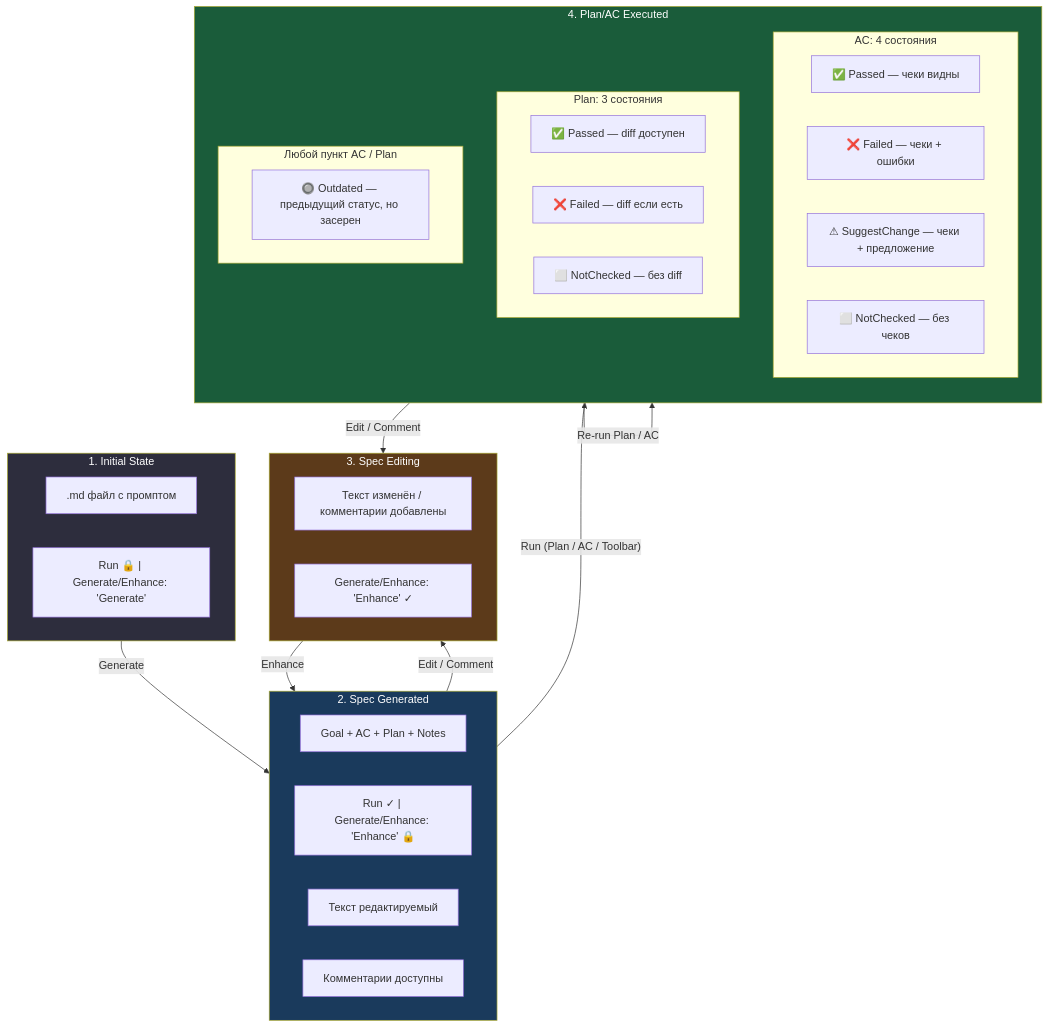
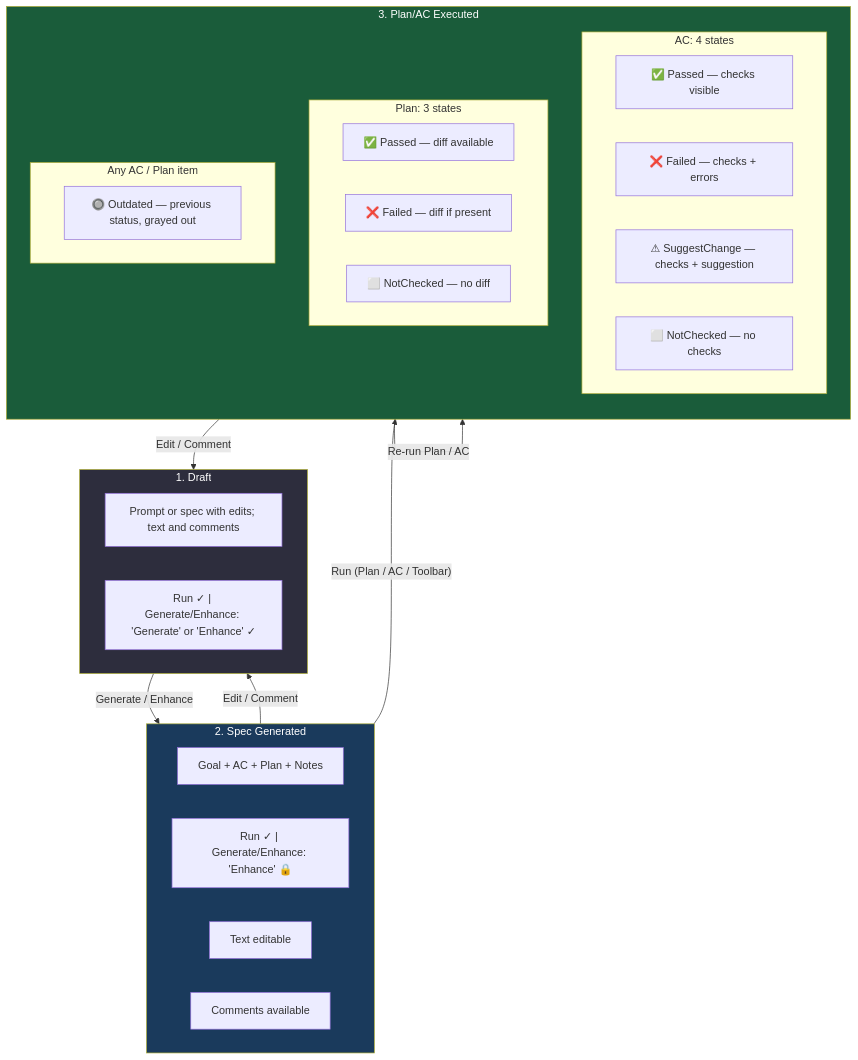
Before and after one commit to NiplusM/SDD: the first of 6 diagrams in spec-flow.md, drawn with Mermaid. The commit also changed other lines of this file, not shown here.

First line of the commit message:
spec-flow: rewrite state names, transitions, and content in English

````diff
--- a/spec-flow.md
+++ b/spec-flow.md
@@ -9,49 +9,42 @@
 ```mermaid
 flowchart TD
-    subgraph INIT["1. Initial State"]
-        I1[".md файл с промптом"]
-        I2["Run 🔒 | Generate/Enhance: 'Generate'"]
+    subgraph DRAFT["1. Draft"]
+        D1["Prompt or spec with edits; text and comments"]
+        D2["Run ✓ | Generate/Enhance: 'Generate' or 'Enhance' ✓"]
     end
 
     subgraph SPEC["2. Spec Generated"]
         S1["Goal + AC + Plan + Notes"]
         S2["Run ✓ | Generate/Enhance: 'Enhance' 🔒"]
-        S3["Текст редактируемый"]
-        S4["Комментарии доступны"]
+        S3["Text editable"]
+        S4["Comments available"]
     end
 
-    subgraph EDIT["3. Spec Editing"]
-        E1["Текст изменён / комментарии добавлены"]
-        E2["Generate/Enhance: 'Enhance' ✓"]
-    end
-
-    subgraph EXEC["4. Plan/AC Executed"]
+    subgraph EXEC["3. Plan/AC Executed"]
         direction TB
-        subgraph AC_States["AC: 4 состояния"]
-            AC1["✅ Passed — чеки видны"]
-            AC2["❌ Failed — чеки + ошибки"]
-            AC3["⚠ SuggestChange — чеки + предложение"]
-            AC4["⬜ NotChecked — без чеков"]
+        subgraph AC_States["AC: 4 states"]
+            AC1["✅ Passed — checks visible"]
+            AC2["❌ Failed — checks + errors"]
+            AC3["⚠ SuggestChange — checks + suggestion"]
+            AC4["⬜ NotChecked — no checks"]
         end
-        subgraph Plan_States["Plan: 3 состояния"]
-            P1["✅ Passed — diff доступен"]
-            P2["❌ Failed — diff если есть"]
-            P3["⬜ NotChecked — без diff"]
+        subgraph Plan_States["Plan: 3 states"]
+            P1["✅ Passed — diff available"]
+            P2["❌ Failed — diff if present"]
+            P3["⬜ NotChecked — no diff"]
         end
-        subgraph Outdated_Note["Любой пункт AC / Plan"]
-            O1["🔘 Outdated — предыдущий статус, но засерен"]
+        subgraph Outdated_Note["Any AC / Plan item"]
+            O1["🔘 Outdated — previous status, grayed out"]
         end
     end
 
-    INIT -->|"Generate"| SPEC
-    SPEC -->|"Edit / Comment"| EDIT
-    EDIT -->|"Enhance"| SPEC
+    DRAFT -->|"Generate / Enhance"| SPEC
+    SPEC -->|"Edit / Comment"| DRAFT
     SPEC -->|"Run (Plan / AC / Toolbar)"| EXEC
-    EXEC -->|"Edit / Comment"| EDIT
+    EXEC -->|"Edit / Comment"| DRAFT
     EXEC -->|"Re-run Plan / AC"| EXEC
 
-    style INIT fill:#2d2d3d,color:#fff
+    style DRAFT fill:#2d2d3d,color:#fff
     style SPEC fill:#1a3a5c,color:#fff
-    style EDIT fill:#5c3a1a,color:#fff
     style EXEC fill:#1a5c3a,color:#fff
 ```
````
